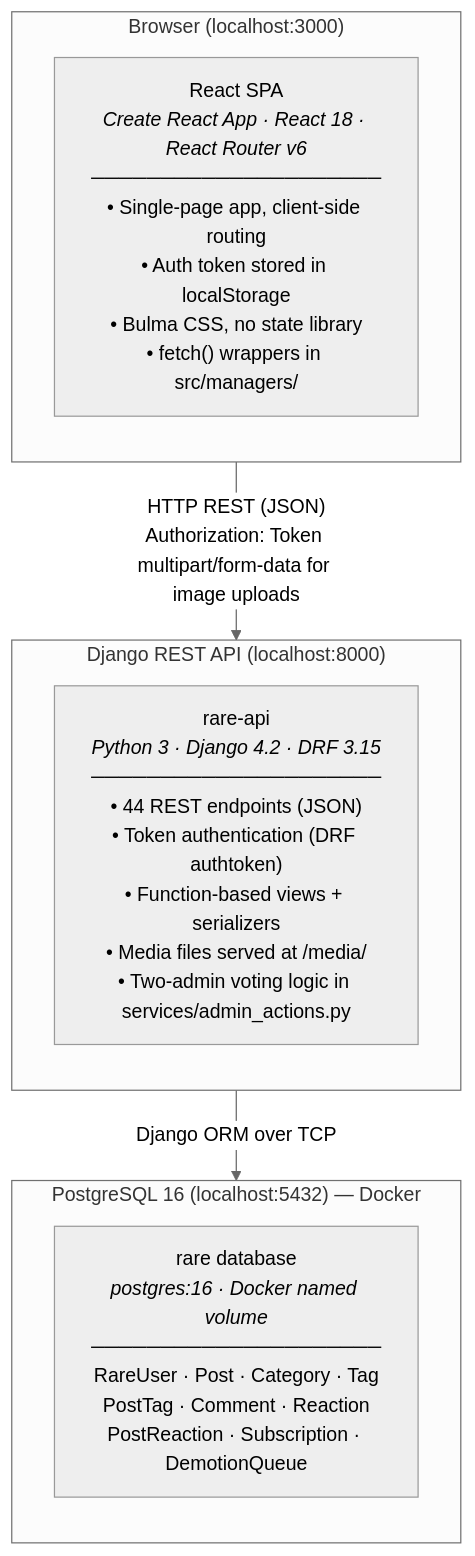
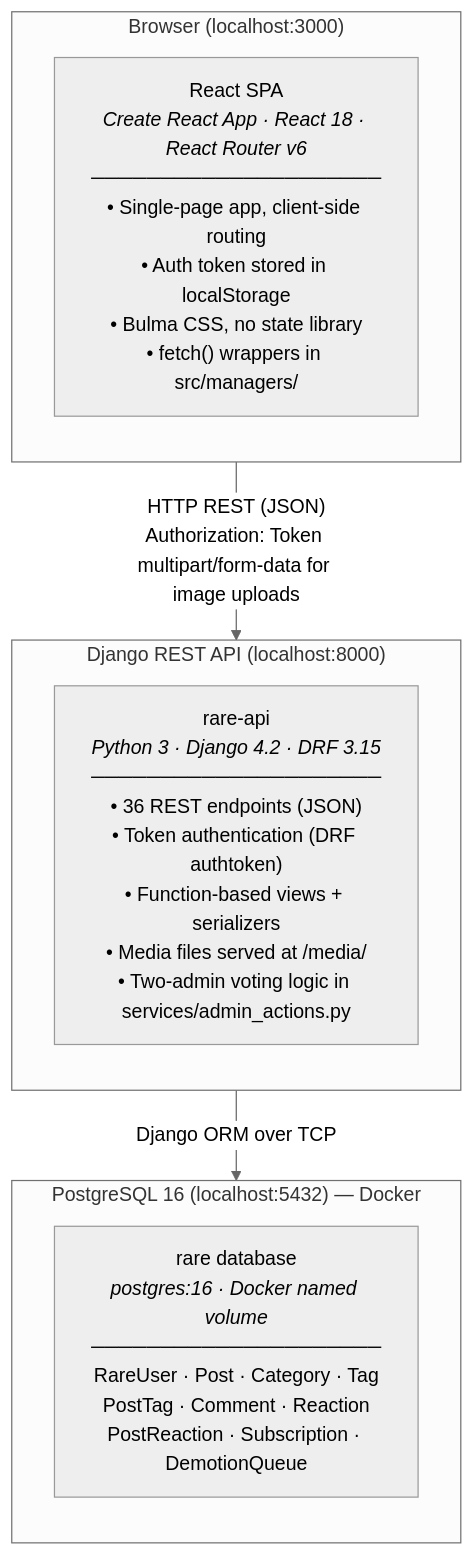
The diagram in docs/architecture.md (charlesmerriman/rare-api), drawn with Mermaid (neutral theme) before and after one commit. The commit also changed 10 other files, not shown here.

````diff
--- a/docs/architecture.md
+++ b/docs/architecture.md
@@ -5,20 +5,20 @@
 ```mermaid
 graph TB
     subgraph Browser["Browser (localhost:3000)"]
         direction TB
         SPA["React SPA<br/><i>Create React App · React 18 · React Router v6</i><br/>─────────────────────<br/>• Single-page app, client-side routing<br/>• Auth token stored in localStorage<br/>• Bulma CSS, no state library<br/>• fetch() wrappers in src/managers/"]
     end
 
     subgraph API["Django REST API (localhost:8000)"]
         direction TB
-        DRF["rare-api<br/><i>Python 3 · Django 4.2 · DRF 3.15</i><br/>─────────────────────<br/>• 44 REST endpoints (JSON)<br/>• Token authentication (DRF authtoken)<br/>• Function-based views + serializers<br/>• Media files served at /media/<br/>• Two-admin voting logic in services/admin_actions.py"]
+        DRF["rare-api<br/><i>Python 3 · Django 4.2 · DRF 3.15</i><br/>─────────────────────<br/>• 36 REST endpoints (JSON)<br/>• Token authentication (DRF authtoken)<br/>• Function-based views + serializers<br/>• Media files served at /media/<br/>• Two-admin voting logic in services/admin_actions.py"]
     end
 
     subgraph DB["PostgreSQL 16 (localhost:5432) — Docker"]
         direction TB
         PG["rare database<br/><i>postgres:16 · Docker named volume</i><br/>─────────────────────<br/>RareUser · Post · Category · Tag<br/>PostTag · Comment · Reaction<br/>PostReaction · Subscription · DemotionQueue"]
     end
 
     SPA -- "HTTP REST (JSON)\nAuthorization: Token <key>\nmultipart/form-data for image uploads" --> DRF
     DRF -- "Django ORM over TCP" --> PG
 ```
````
